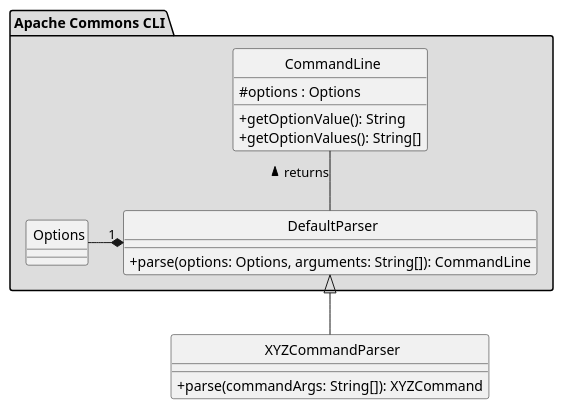
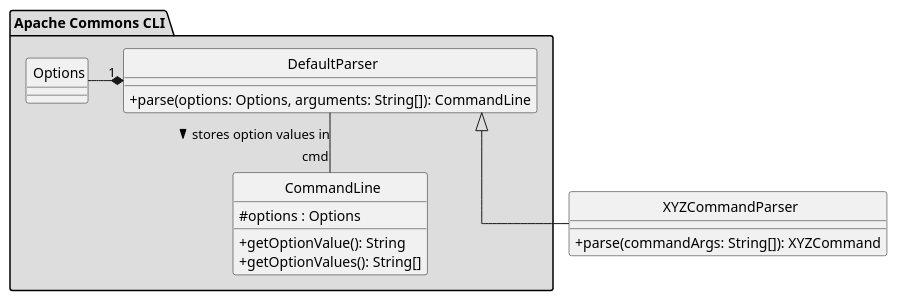
One commit to AY2324S2-CS2113T-T09-2/tp changed the diagram in docs/diagrams/ParserLibraryClassDiagram.puml. Above: the diagram before and after it, drawn with PlantUML.

```diff
--- a/docs/diagrams/ParserLibraryClassDiagram.puml
+++ b/docs/diagrams/ParserLibraryClassDiagram.puml
@@ -1,30 +1,30 @@
 @startuml
 
 skinparam linetype ortho
 skinparam classAttributeIconSize 0
 skinparam CircledCharacterFontSize 0
 skinparam CircledCharacterRadius 0
 
 class XYZCommandParser {
     + parse(commandArgs: String[]): XYZCommand
 }
 
 package "Apache Commons CLI" #DDDDDD {
         class DefaultParser {
             + parse(options: Options, arguments: String[]): CommandLine
         }
 
         class Options
 
         class CommandLine {
             # options : Options
             + getOptionValue(): String
             + getOptionValues(): String[]
         }
 }
 
-DefaultParser -up- CommandLine : > returns
+DefaultParser -d- "cmd" CommandLine : > stores option values in
 XYZCommandParser -up-|> DefaultParser
 DefaultParser "1" *-left- Options
 
 @enduml
```
